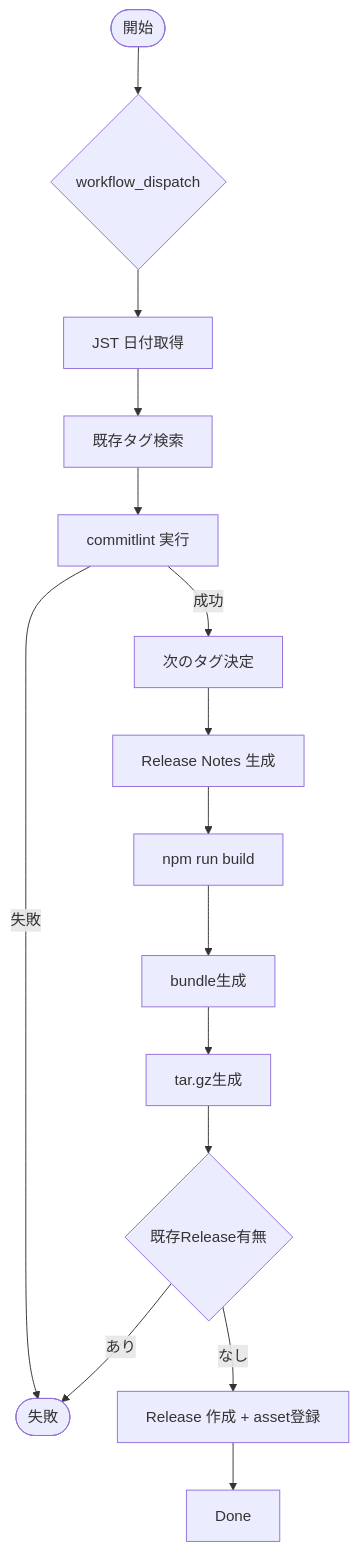
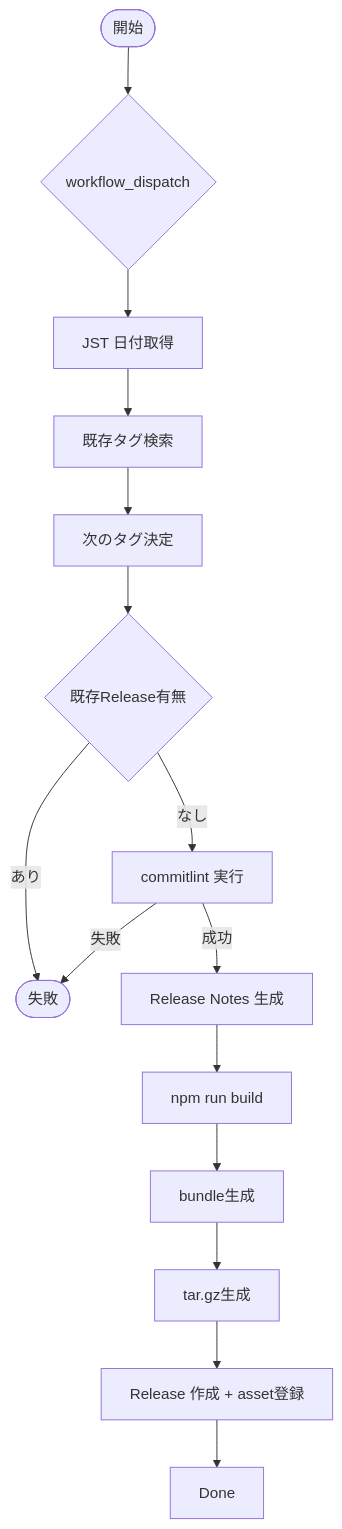
The second of 2 diagrams in .github/copilot/plans/47_github-release-management-implementation-plan.md (LevelCapTech/Agile-PMBOK-Assist), drawn with Mermaid before and after one commit. The commit also changed other lines of this file, not shown here.

````diff
--- a/.github/copilot/plans/47_github-release-management-implementation-plan.md
+++ b/.github/copilot/plans/47_github-release-management-implementation-plan.md
@@ -160,17 +160,17 @@
 ```mermaid
 flowchart TD
   Start([開始]) --> Trigger{workflow_dispatch}
   Trigger --> Date[JST 日付取得]
   Date --> Tags[既存タグ検索]
-  Tags --> Lint[commitlint 実行]
-  Lint -->|失敗| Fail([失敗])
-  Lint -->|成功| NextTag[次のタグ決定]
-  NextTag --> Notes[Release Notes 生成]
+  Tags --> NextTag[次のタグ決定]
+  NextTag --> CheckRelease{既存Release有無}
+  CheckRelease -->|あり| Fail([失敗])
+  CheckRelease -->|なし| Lint[commitlint 実行]
+  Lint -->|失敗| Fail
+  Lint -->|成功| Notes[Release Notes 生成]
   Notes --> Build[npm run build]
   Build --> Bundle[bundle生成]
   Bundle --> Tar[tar.gz生成]
-  Tar --> CheckRelease{既存Release有無}
-  CheckRelease -->|あり| Fail
-  CheckRelease -->|なし| Create[Release 作成 + asset登録]
+  Tar --> Create[Release 作成 + asset登録]
   Create --> Done
 ```
````
